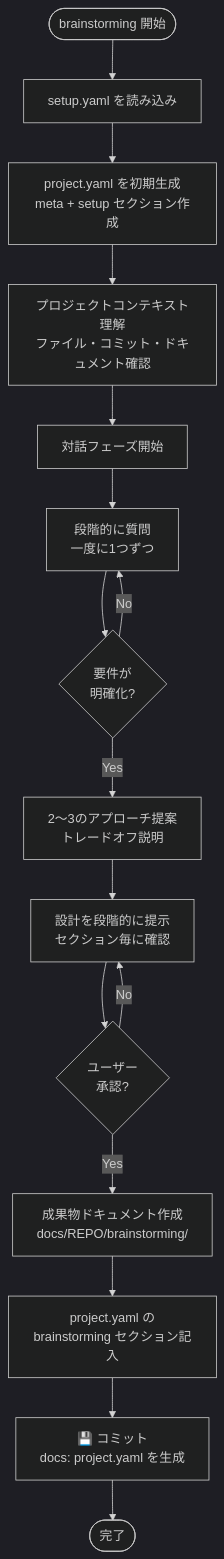
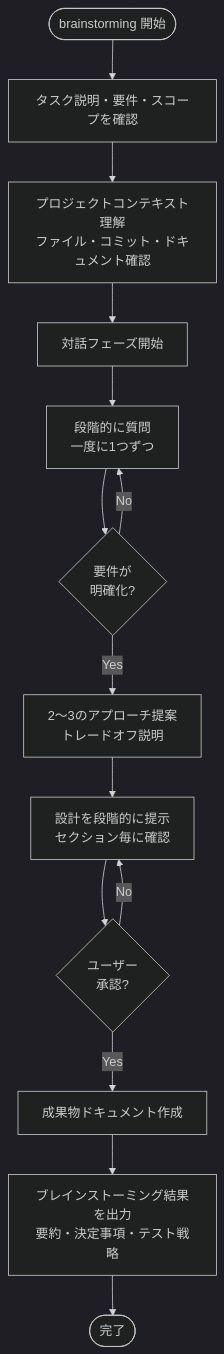
Before and after one commit to NagasakaH/dev-process: the diagram in .claude/skills/brainstorming/SKILL.md, drawn with Mermaid (dark theme). The commit also changed other lines of this file and 30 other files, not shown here.

````diff
--- a/.claude/skills/brainstorming/SKILL.md
+++ b/.claude/skills/brainstorming/SKILL.md
@@ -39,21 +39,19 @@
 ```mermaid
 flowchart TD
-    Start([brainstorming 開始]) --> ReadSetup[setup.yaml を読み込み]
-    ReadSetup --> InitProject[project.yaml を初期生成<br/>meta + setup セクション作成]
-    InitProject --> Context[プロジェクトコンテキスト理解<br/>ファイル・コミット・ドキュメント確認]
+    Start([brainstorming 開始]) --> Input[タスク説明・要件・スコープを確認]
+    Input --> Context[プロジェクトコンテキスト理解<br/>ファイル・コミット・ドキュメント確認]
     
     Context --> Dialog[対話フェーズ開始]
     Dialog --> Q1[段階的に質問<br/>一度に1つずつ]
     Q1 --> Refine{要件が<br/>明確化?}
     Refine -->|No| Q1
     Refine -->|Yes| Approach[2〜3のアプローチ提案<br/>トレードオフ説明]
     
     Approach --> Present[設計を段階的に提示<br/>セクション毎に確認]
     Present --> Confirm{ユーザー<br/>承認?}
     Confirm -->|No| Present
-    Confirm -->|Yes| WriteDocs[成果物ドキュメント作成<br/>docs/REPO/brainstorming/]
+    Confirm -->|Yes| WriteDocs[成果物ドキュメント作成]
     
-    WriteDocs --> UpdateProject[project.yaml の<br/>brainstorming セクション記入]
-    UpdateProject --> Commit[💾 コミット<br/>docs: project.yaml を生成]
-    Commit --> End([完了])
+    WriteDocs --> Output[ブレインストーミング結果を出力<br/>要約・決定事項・テスト戦略]
+    Output --> End([完了])
 ```
````
